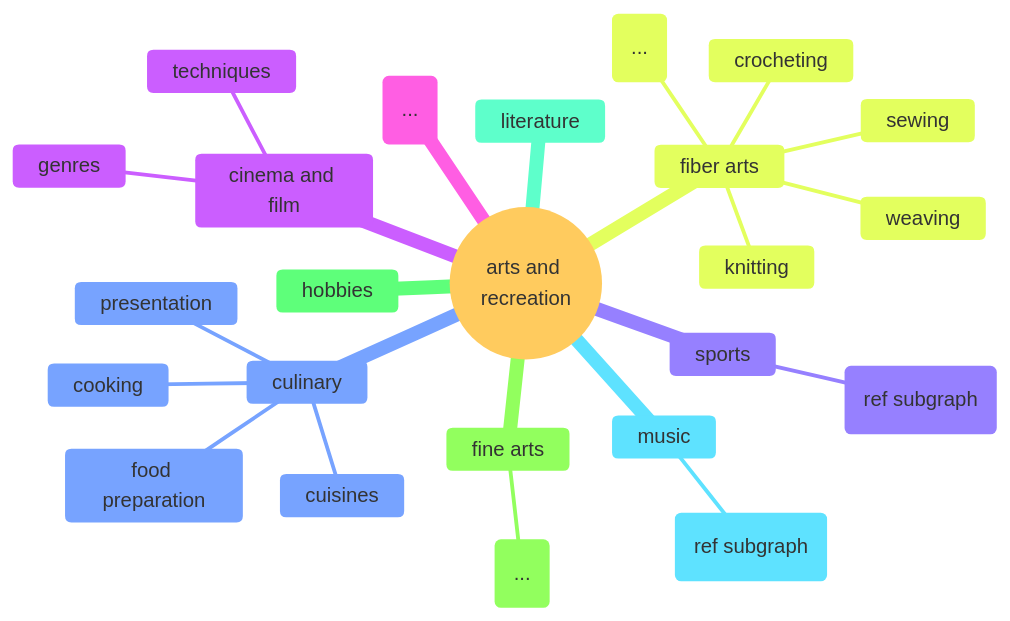
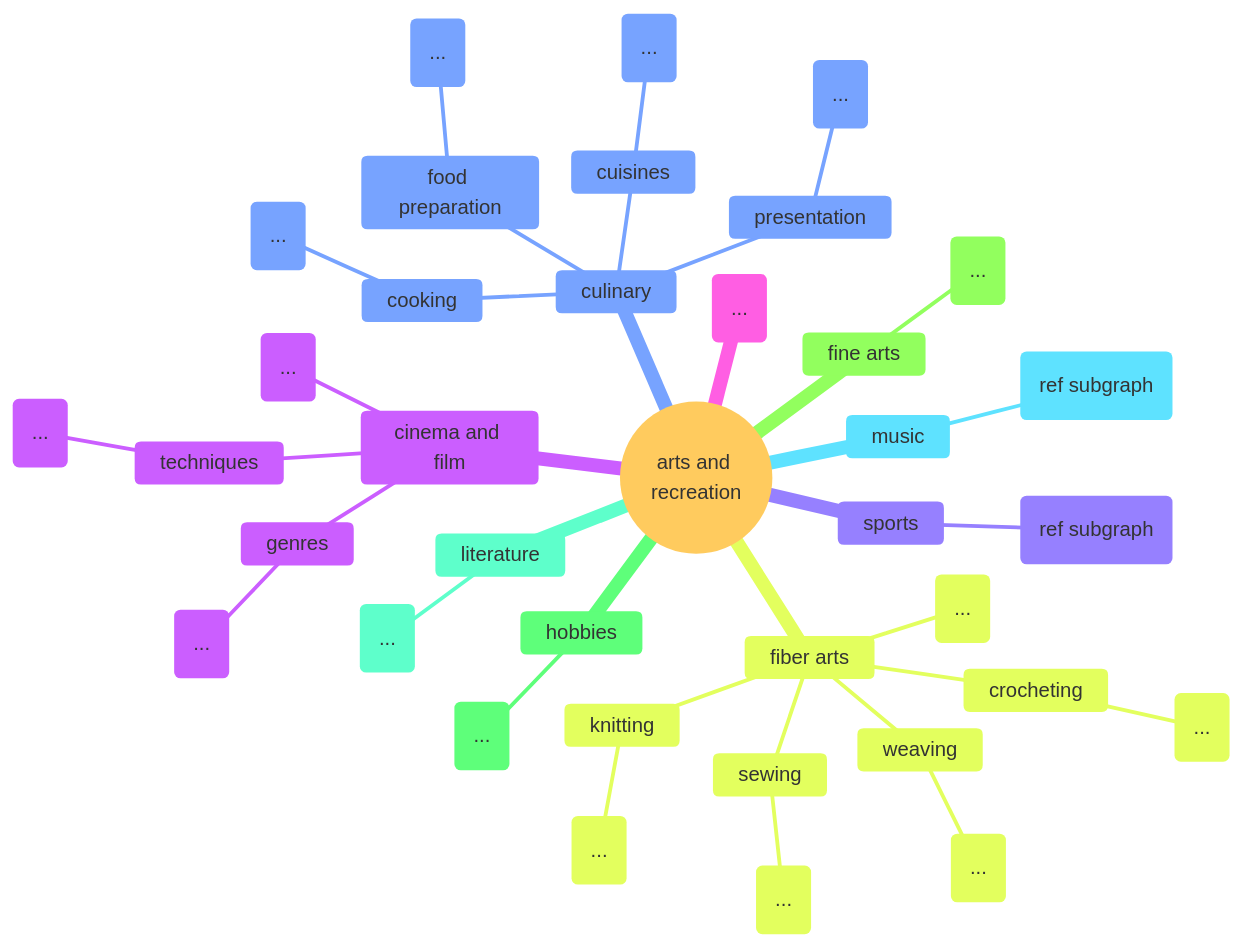
One commit to nimbinatus/taxonomy changed the seventh of 18 diagrams in docs/full_taxonomy.md. Above: the diagram before and after it, drawn with Mermaid. The commit also changed other lines of this file, not shown here.

````diff
--- a/docs/full_taxonomy.md
+++ b/docs/full_taxonomy.md
@@ -223,35 +221,48 @@
 ```mermaid
 ---
 title: Arts and Recreation
 config:
     fontSize: 8
     theme: base
     mindmap:
         maxNodeWidth: 100
 ---
 mindmap
     root((arts and recreation))
         cinema and film
             genres
+                id(...)
             techniques
+                id(...)
+            id(...)
         culinary
             cooking
+                id(...)
             cuisines
+                id(...)
             food preparation
+                id(...)
             presentation
+                id(...)
         fiber arts
             crocheting
+                id(...)
             knitting
+                id(...)
             sewing
+                id(...)
             weaving
+                id(...)
             id(...)
         fine arts
             id(...)
         hobbies
+            id(...)
         literature
+            id(...)
         music
             id(ref subgraph)
         sports
             id(ref subgraph)
         id(...)
 ```
````
